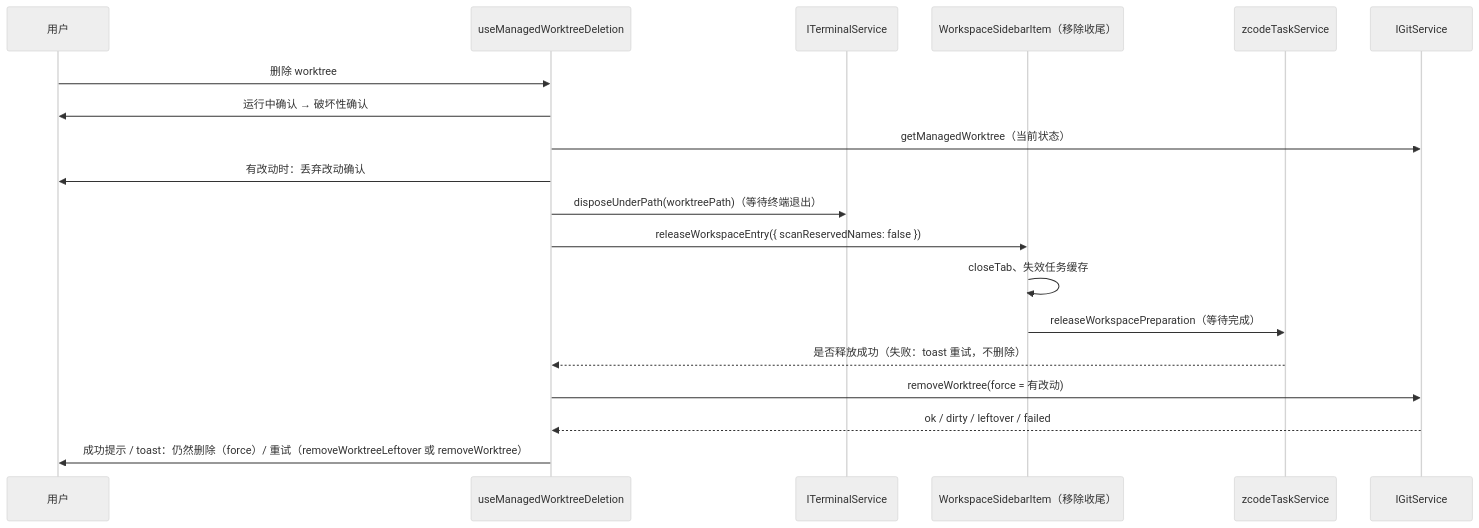
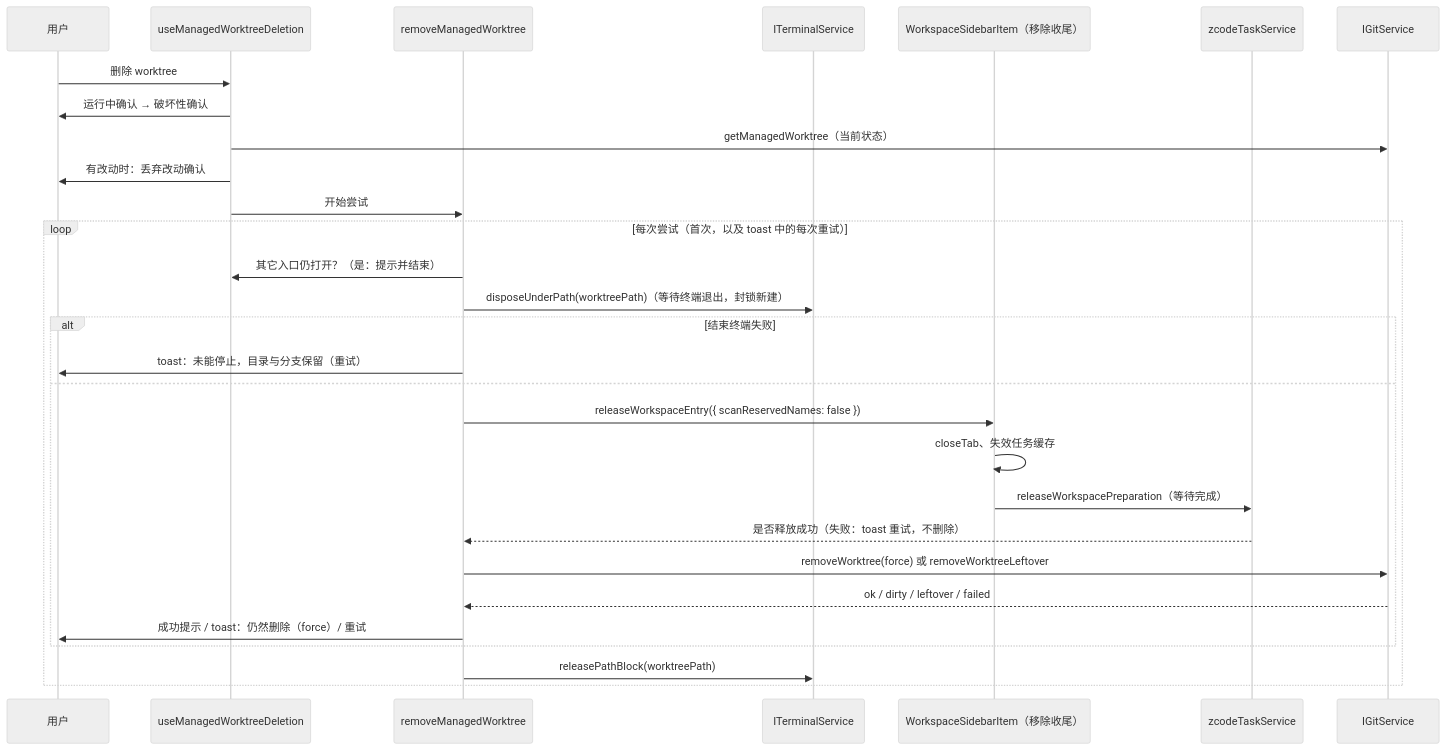
The first of 2 diagrams in docs/specs/git-worktree-task.md (jptorres26/ZCode), drawn with Mermaid (neutral theme) before and after one commit. The commit also changed other lines of this file and 7 other files, not shown here.

````diff
--- a/docs/specs/git-worktree-task.md
+++ b/docs/specs/git-worktree-task.md
@@ -97,21 +105,31 @@
 ```mermaid
 sequenceDiagram
   participant U as 用户
   participant H as useManagedWorktreeDeletion
+  participant W as removeManagedWorktree
   participant T as ITerminalService
   participant S as WorkspaceSidebarItem（移除收尾）
   participant R as zcodeTaskService
   participant G as IGitService
   U->>H: 删除 worktree
   H->>U: 运行中确认 → 破坏性确认
   H->>G: getManagedWorktree（当前状态）
   H->>U: 有改动时：丢弃改动确认
-  H->>T: disposeUnderPath(worktreePath)（等待终端退出）
-  H->>S: releaseWorkspaceEntry({ scanReservedNames: false })
-  S->>S: closeTab、失效任务缓存
-  S->>R: releaseWorkspacePreparation（等待完成）
-  R-->>H: 是否释放成功（失败：toast 重试，不删除）
-  H->>G: removeWorktree(force = 有改动)
-  G-->>H: ok / dirty / leftover / failed
-  H->>U: 成功提示 / toast：仍然删除（force）/ 重试（removeWorktreeLeftover 或 removeWorktree）
+  H->>W: 开始尝试
+  loop 每次尝试（首次，以及 toast 中的每次重试）
+    W->>H: 其它入口仍打开？（是：提示并结束）
+    W->>T: disposeUnderPath(worktreePath)（等待终端退出，封锁新建）
+    alt 结束终端失败
+      W->>U: toast：未能停止，目录与分支保留（重试）
+    else
+      W->>S: releaseWorkspaceEntry({ scanReservedNames: false })
+      S->>S: closeTab、失效任务缓存
+      S->>R: releaseWorkspacePreparation（等待完成）
+      R-->>W: 是否释放成功（失败：toast 重试，不删除）
+      W->>G: removeWorktree(force) 或 removeWorktreeLeftover
+      G-->>W: ok / dirty / leftover / failed
+      W->>U: 成功提示 / toast：仍然删除（force）/ 重试
+    end
+    W->>T: releasePathBlock(worktreePath)
+  end
 ```
````
